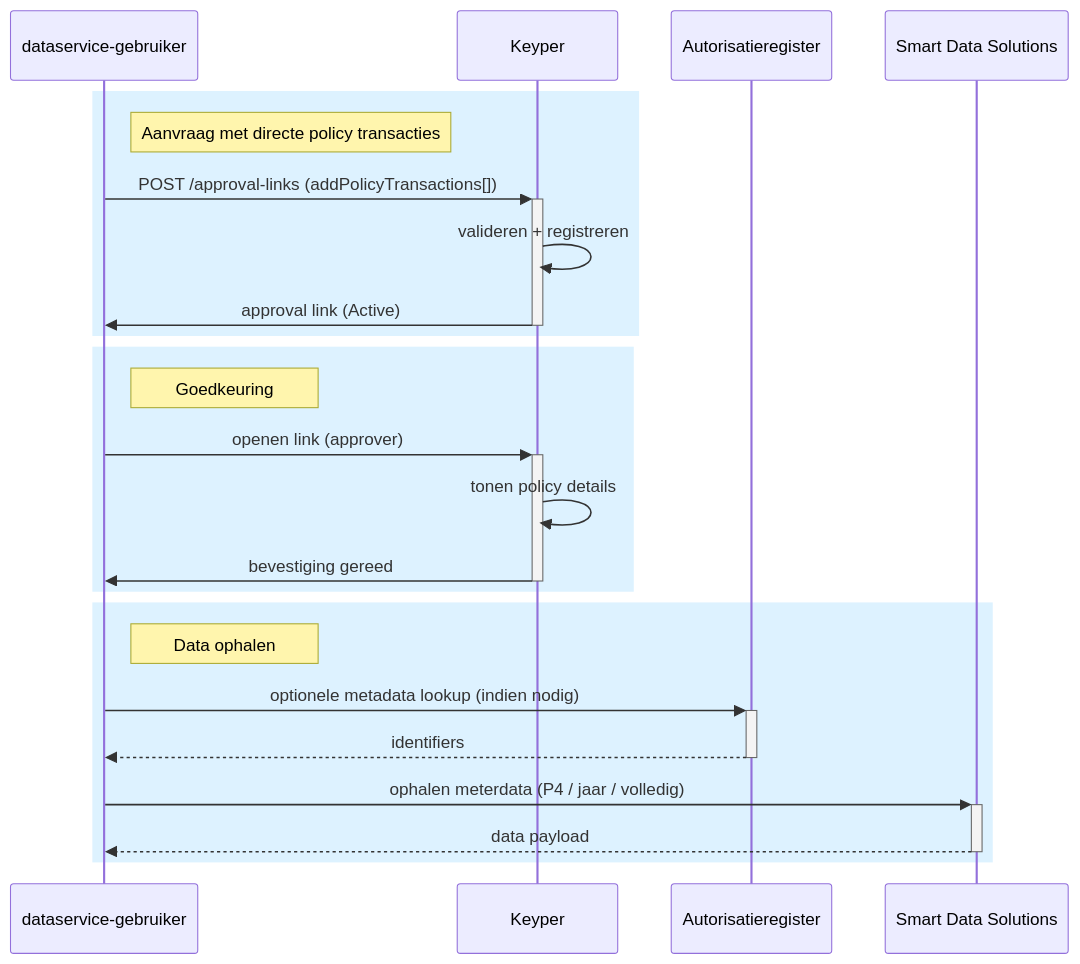
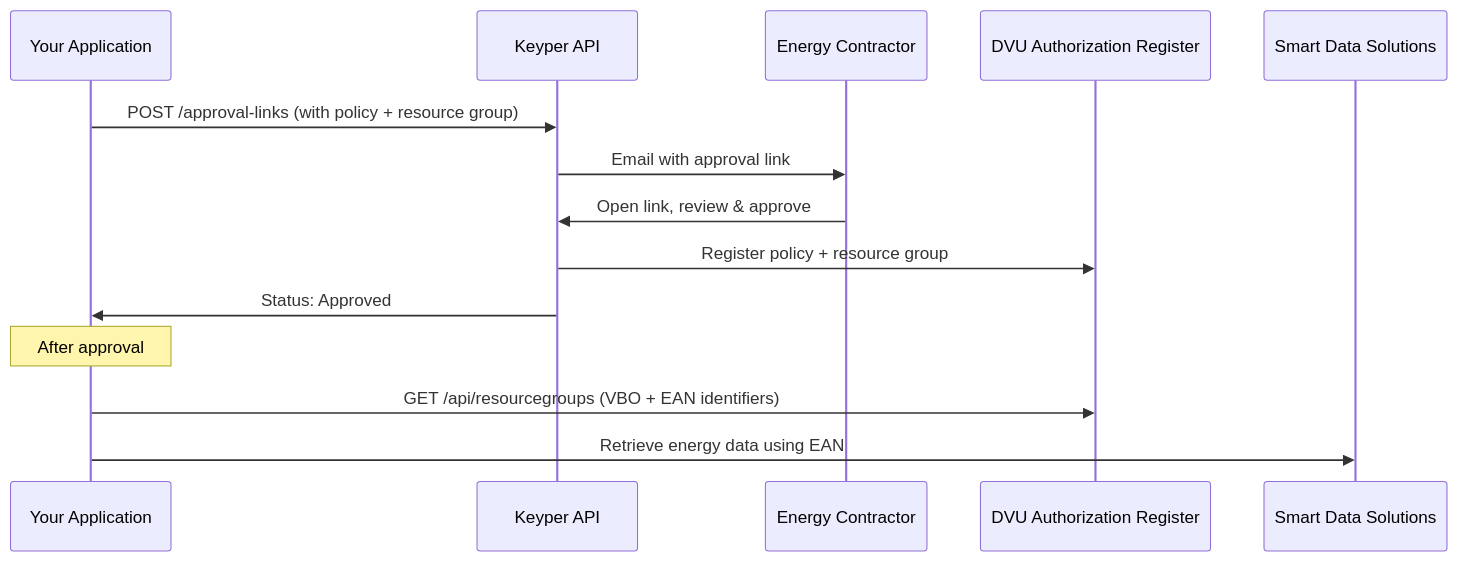
Before and after one commit to POORT8/Poort8.Docs: the diagram in dvu/direct-ean.md, drawn with Mermaid. The commit also changed other lines of this file and 14 other files, not shown here.

````diff
--- a/dvu/direct-ean.md
+++ b/dvu/direct-ean.md
@@ -230,29 +13,18 @@
 ```mermaid
 sequenceDiagram
-  participant DG as dataservice-gebruiker
-  participant KP as Keyper
-  participant AR as Autorisatieregister
-  participant SDS as Smart Data Solutions
+    participant App as Your Application
+    participant Keyper as Keyper API
+    participant EC as Energy Contractor
+    participant AR as DVU Authorization Register
+    participant SDS as Smart Data Solutions
 
-  rect rgb(221, 242, 255)
-    note right of DG: Aanvraag met directe policy transacties
-    DG->>+KP: POST /approval-links (addPolicyTransactions[])
-    KP->>KP: valideren + registreren
-    KP->>-DG: approval link (Active)
-  end
+    App->>Keyper: POST /approval-links (with policy + resource group)
+    Keyper->>EC: Email with approval link
+    EC->>Keyper: Open link, review & approve
+    Keyper->>AR: Register policy + resource group
+    Keyper->>App: Status: Approved
 
-  rect rgb(221, 242, 255)
-    note right of DG: Goedkeuring
-    DG->>+KP: openen link (approver)
-    KP->>KP: tonen policy details
-    KP->>-DG: bevestiging gereed
-  end
-
-  rect rgb(221, 242, 255)
-    note right of DG: Data ophalen
-    DG->>+AR: optionele metadata lookup (indien nodig)
-    AR-->>-DG: identifiers
-    DG->>+SDS: ophalen meterdata (P4 / jaar / volledig)
-    SDS-->>-DG: data payload
-  end
+    Note over App: After approval
+    App->>AR: GET /api/resourcegroups (VBO + EAN identifiers)
+    App->>SDS: Retrieve energy data using EAN
 ```
````
